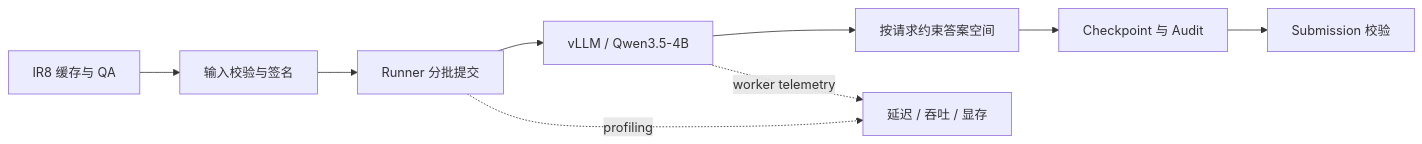
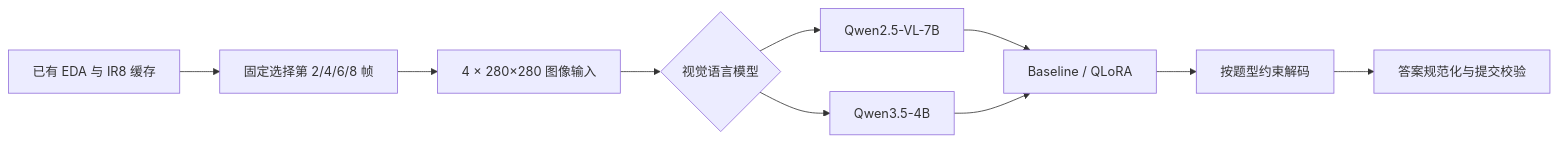
The diagram in README.md (luicarus/cuhk-x-multimodal-vqa), drawn with Mermaid before and after one commit. The commit also changed other lines of this file and 1 other file, not shown here.

Commit message:
Refocus README on competition with vLLM inference experiment

````diff
--- a/README.md
+++ b/README.md
@@ -23,11 +24,12 @@
 ```mermaid
 flowchart LR
-    A[IR8 缓存与 QA] --> B[输入校验与签名]
-    B --> C[Runner 分批提交]
-    C --> D[vLLM / Qwen3.5-4B]
-    D --> E[按请求约束答案空间]
-    E --> F[Checkpoint 与 Audit]
-    F --> G[Submission 校验]
-    C -. profiling .-> H[延迟 / 吞吐 / 显存]
-    D -. worker telemetry .-> H
+    A[已有 EDA 与 IR8 缓存] --> B[固定选择第 2/4/6/8 帧]
+    B --> C[4 × 280×280 图像输入]
+    C --> D{视觉语言模型}
+    D --> E[Qwen2.5-VL-7B]
+    D --> F[Qwen3.5-4B]
+    E --> G[Baseline / QLoRA]
+    F --> G
+    G --> H[按题型约束解码]
+    H --> I[答案规范化与提交校验]
 ```
````
